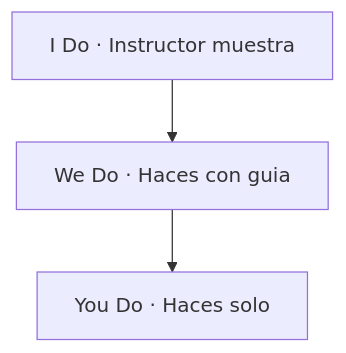
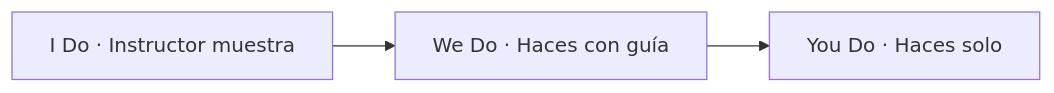
One commit to jeroroldan/jeronimo-blog changed the second of 7 diagrams in src/content/blog/waiot-backend-blindado-masterclass.md. Above: the diagram before and after it, drawn with Mermaid. The commit also changed other lines of this file and 1 other file, not shown here.

````diff
--- a/src/content/blog/waiot-backend-blindado-masterclass.md
+++ b/src/content/blog/waiot-backend-blindado-masterclass.md
@@ -52,5 +51,5 @@
 ```mermaid
-flowchart TD
-    I["I Do · Instructor muestra"] --> W["We Do · Haces con guia"]
+flowchart LR
+    I["I Do · Instructor muestra"] --> W["We Do · Haces con guía"]
     W --> Y["You Do · Haces solo"]
 ```
````
